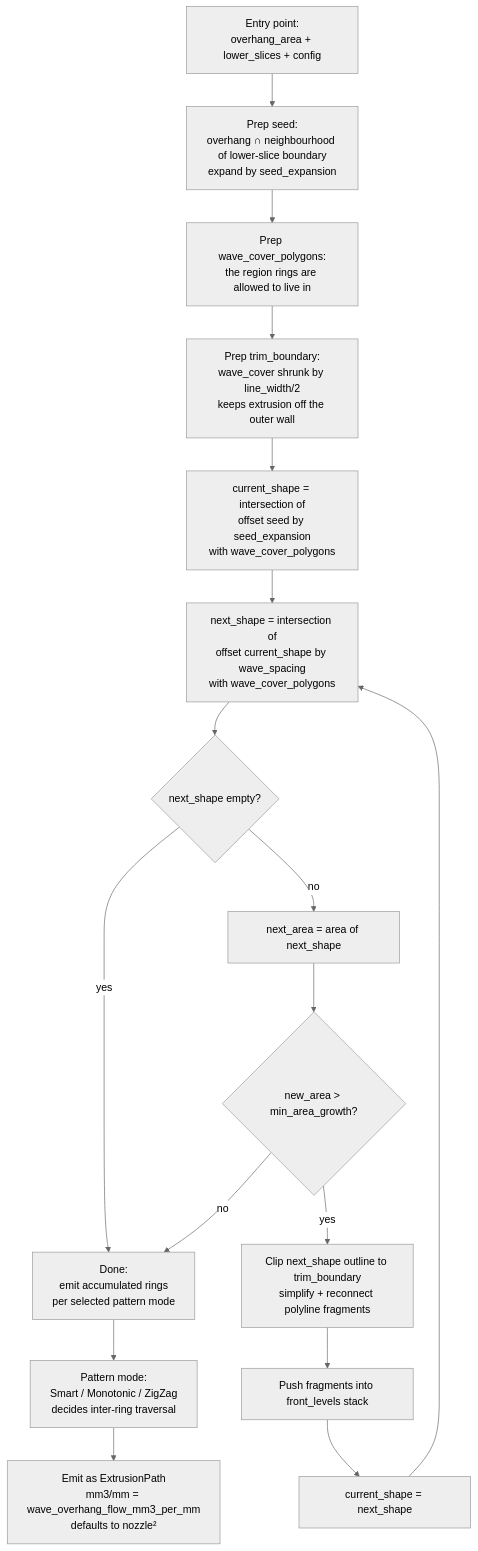
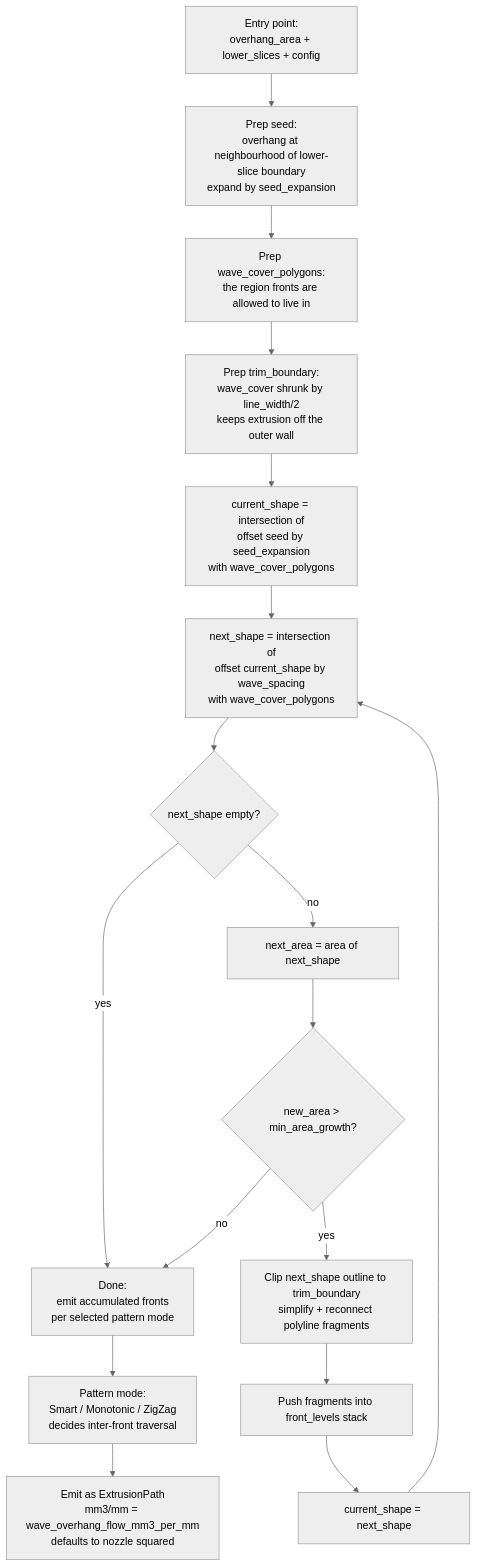
The diagram in docs/ALGORITHMS.md (dennisklappe/OrcaSlicer-WaveOverhangs), drawn with Mermaid (neutral theme) before and after one commit. The commit also changed other lines of this file and 17 other files, not shown here.

````diff
--- a/docs/ALGORITHMS.md
+++ b/docs/ALGORITHMS.md
@@ -39,25 +24,25 @@
 ```mermaid
 flowchart TD
     A[Entry point:<br/>overhang_area + lower_slices + config]
-    B[Prep seed:<br/>overhang ∩ neighbourhood of lower-slice boundary<br/>expand by seed_expansion]
-    C[Prep wave_cover_polygons:<br/>the region rings are allowed to live in]
+    B[Prep seed:<br/>overhang at neighbourhood of lower-slice boundary<br/>expand by seed_expansion]
+    C[Prep wave_cover_polygons:<br/>the region fronts are allowed to live in]
     D[Prep trim_boundary:<br/>wave_cover shrunk by line_width/2<br/>keeps extrusion off the outer wall]
     E[current_shape = intersection of<br/>offset seed by seed_expansion<br/>with wave_cover_polygons]
     F[next_shape = intersection of<br/>offset current_shape by wave_spacing<br/>with wave_cover_polygons]
     G{next_shape empty?}
-    H[Done:<br/>emit accumulated rings<br/>per selected pattern mode]
+    H[Done:<br/>emit accumulated fronts<br/>per selected pattern mode]
     I[next_area = area of next_shape]
     J{new_area > min_area_growth?}
     K[Clip next_shape outline to trim_boundary<br/>simplify + reconnect polyline fragments]
     L[Push fragments into front_levels stack]
     M[current_shape = next_shape]
-    N[Pattern mode:<br/>Smart / Monotonic / ZigZag<br/>decides inter-ring traversal]
-    O[Emit as ExtrusionPath<br/>mm3/mm = wave_overhang_flow_mm3_per_mm<br/>defaults to nozzle²]
+    N[Pattern mode:<br/>Smart / Monotonic / ZigZag<br/>decides inter-front traversal]
+    O[Emit as ExtrusionPath<br/>mm3/mm = wave_overhang_flow_mm3_per_mm<br/>defaults to nozzle squared]
 
     A --> B --> C --> D --> E --> F --> G
     G -- yes --> H
     G -- no --> I --> J
     J -- no --> H
     J -- yes --> K --> L --> M --> F
     H --> N --> O
 ```
````
